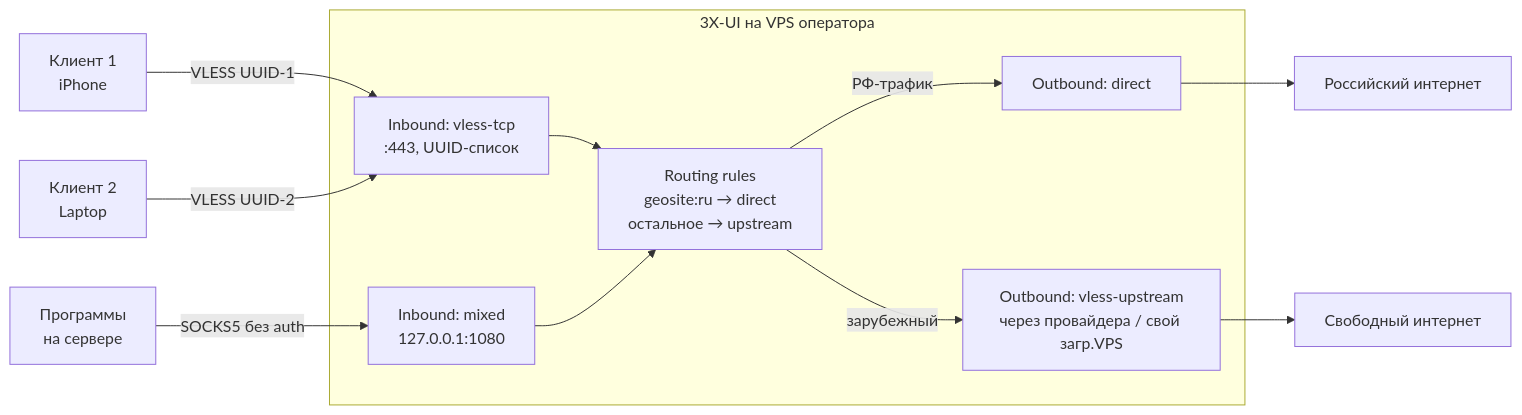
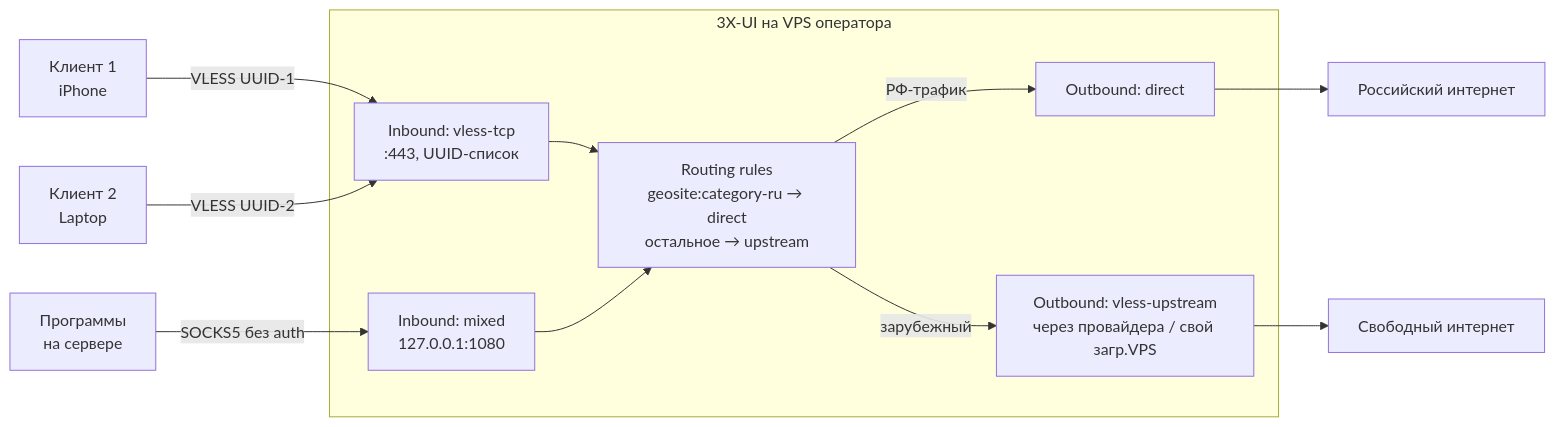
Before and after one commit to evgengennadievich/sysadmin: the diagram in .claude/knowledge/networking/_reference/3x-ui-panel.md, drawn with Mermaid. The commit also changed other lines of this file, not shown here.

First line of the commit message:
fix(knowledge): 3x-ui-panel, поля формы балансира, geosite:category-ru, пример v3.11.0, второй круг проверки

````diff
--- a/.claude/knowledge/networking/_reference/3x-ui-panel.md
+++ b/.claude/knowledge/networking/_reference/3x-ui-panel.md
@@ -71,22 +72,22 @@
 ```mermaid
 flowchart LR
     C1[Клиент 1<br/>iPhone] -->|VLESS UUID-1| IN1
     C2[Клиент 2<br/>Laptop] -->|VLESS UUID-2| IN1
     PROG[Программы<br/>на сервере] -->|SOCKS5 без auth| IN2
 
     subgraph Panel[3X-UI на VPS оператора]
       IN1[Inbound: vless-tcp<br/>:443, UUID-список]
       IN2[Inbound: mixed<br/>127.0.0.1:1080]
-      ROUTING[Routing rules<br/>geosite:ru → direct<br/>остальное → upstream]
+      ROUTING[Routing rules<br/>geosite:category-ru → direct<br/>остальное → upstream]
       OUT_D[Outbound: direct]
       OUT_U[Outbound: vless-upstream<br/>через провайдера / свой загр.VPS]
     end
 
     IN1 --> ROUTING
     IN2 --> ROUTING
     ROUTING -->|РФ-трафик| OUT_D
     ROUTING -->|зарубежный| OUT_U
 
     OUT_D --> INET_RU[Российский интернет]
     OUT_U --> INET_FOREIGN[Свободный интернет]
 ```
````
